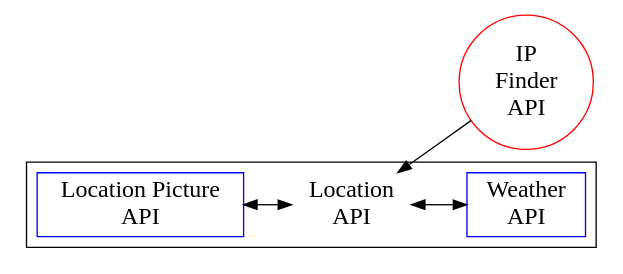
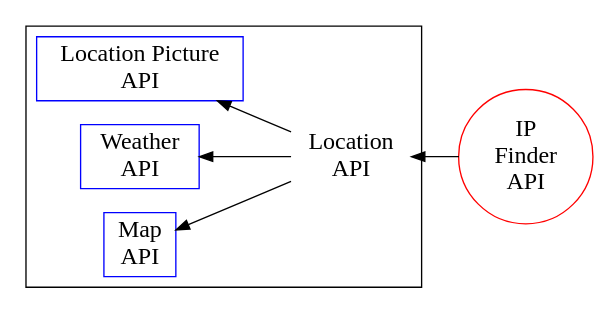
The diagram in README.md (WebAhead5/FaceDetect), drawn with Graphviz before and after one commit. The commit also changed other lines of this file, not shown here.

````diff
--- a/README.md
+++ b/README.md
@@ -33,26 +33,28 @@
 ```graphviz
 digraph {
   compound=true
   rankdir=RL
 
   graph [ fontname="Source Sans Pro", fontsize=20 ];
   node [ fontname="Source Sans Pro", fontsize=18];
   edge [ fontname="Source Sans Pro", fontsize=12 ];
 
 
   subgraph core {
     c [label="IP\nFinder\nAPI" color=red] [shape=circle]
   }
   
   c -> sync [ltail=session lhead=session]
 
   subgraph cluster1 {
      concentrate=true
-    a [label="Location Picture\nAPI"][color=blue] [shape=box]
+    a [label="Map\nAPI"][color=blue] [shape=box]
     b [label="Weather\nAPI"] [color=blue][shape=box]
+    M [label="Location Picture\nAPI"][color=blue] [shape=box]
     sync [label="Location\nAPI" shape=plaintext ]
-    b -> sync  [dir="both"]
-    sync -> a [dir="both"]
+    sync -> b  [dir="RL"]
+    sync -> a [dir="LR"]
+    sync -> M [dir="LR"]
   }
 }
 ```
````
